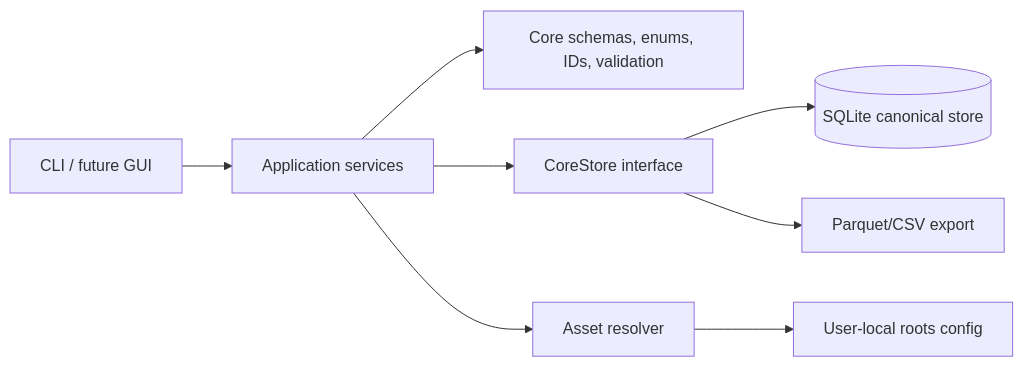
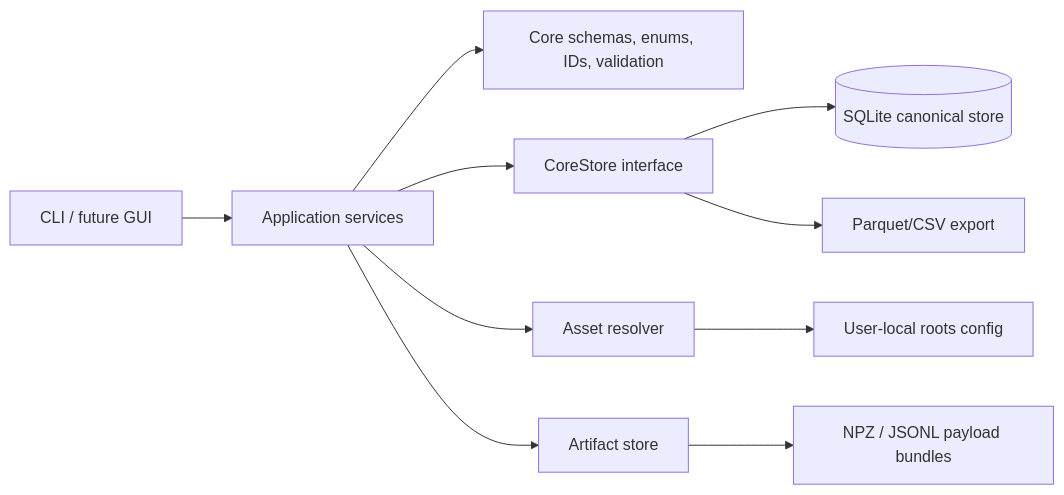
Before and after one commit to Jon-bon-Jono/Multi-Modal-Synchronisation-Workbench: the first of 2 diagrams in docs/architecture/architecture_overview.md, drawn with Mermaid. The commit also changed other lines of this file and 24 other files, not shown here.

````diff
--- a/docs/architecture/architecture_overview.md
+++ b/docs/architecture/architecture_overview.md
@@ -3,10 +3,12 @@
 ```mermaid
 flowchart LR
     CLI[CLI / future GUI] --> Services[Application services]
     Services --> Core[Core schemas, enums, IDs, validation]
     Services --> Storage[CoreStore interface]
     Services --> Assets[Asset resolver]
+    Services --> Artifacts[Artifact store]
     Storage --> SQLite[(SQLite canonical store)]
     Storage --> Export[Parquet/CSV export]
+    Artifacts --> Bundles[NPZ / JSONL payload bundles]
     Assets --> Roots[User-local roots config]
 ```
````
